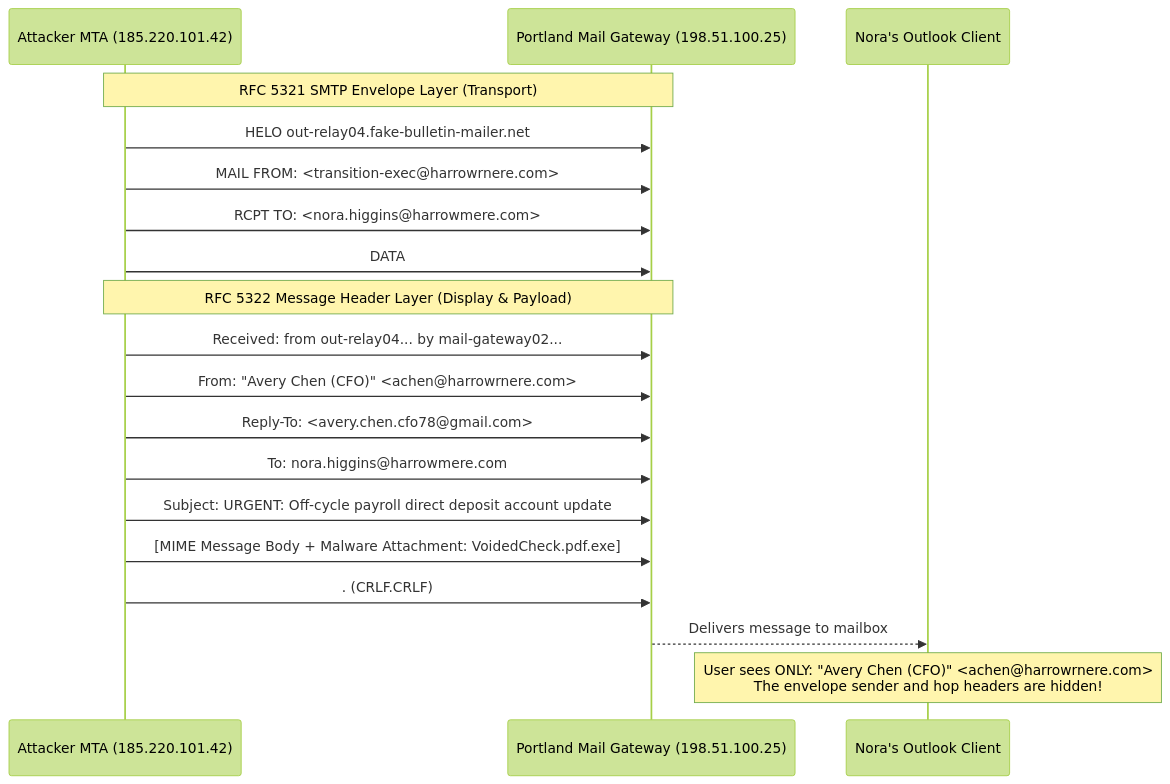
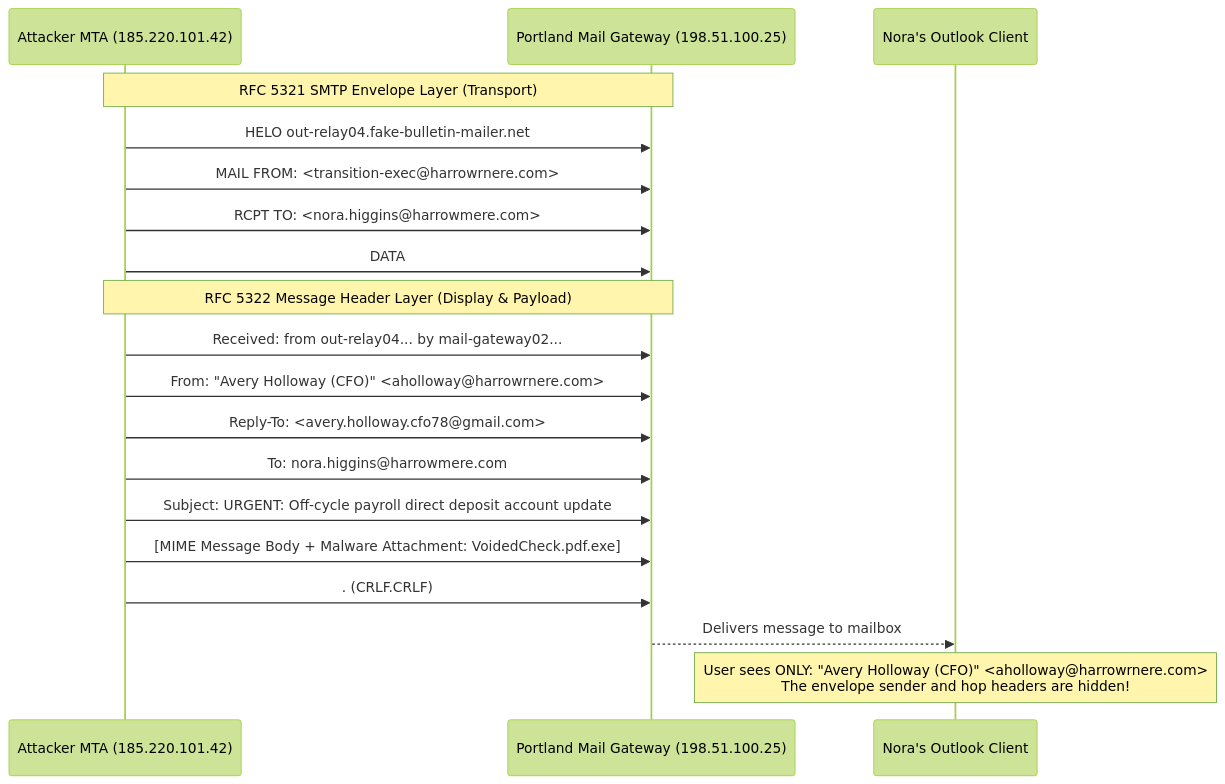
The first of 3 diagrams in docs/portland-desk/workbench/09-dont-click-that.md (cwarloe/learning-narrative-kit), drawn with Mermaid (forest theme) before and after one commit. The commit also changed other lines of this file and 7 other files, not shown here.

Commit message:
Rename near-duplicate minor characters: Lena Cho -> Bettina Szabo, Avery Chen -> Avery Holloway

````diff
--- a/docs/portland-desk/workbench/09-dont-click-that.md
+++ b/docs/portland-desk/workbench/09-dont-click-that.md
@@ -70,24 +70,24 @@
 ```mermaid
 sequenceDiagram
     participant Sender as Attacker MTA (185.220.101.42)
     participant Gateway as Portland Mail Gateway (198.51.100.25)
     participant Recipient as Nora's Outlook Client
 
     Note over Sender,Gateway: RFC 5321 SMTP Envelope Layer (Transport)
     Sender->>Gateway: HELO out-relay04.fake-bulletin-mailer.net
     Sender->>Gateway: MAIL FROM: <transition-exec@harrowrnere.com>
     Sender->>Gateway: RCPT TO: <nora.higgins@harrowmere.com>
     Sender->>Gateway: DATA
 
     Note over Sender,Gateway: RFC 5322 Message Header Layer (Display & Payload)
     Sender->>Gateway: Received: from out-relay04... by mail-gateway02...
-    Sender->>Gateway: From: "Avery Chen (CFO)" <achen@harrowrnere.com>
-    Sender->>Gateway: Reply-To: <avery.chen.cfo78@gmail.com>
+    Sender->>Gateway: From: "Avery Holloway (CFO)" <aholloway@harrowrnere.com>
+    Sender->>Gateway: Reply-To: <avery.holloway.cfo78@gmail.com>
     Sender->>Gateway: To: nora.higgins@harrowmere.com
     Sender->>Gateway: Subject: URGENT: Off-cycle payroll direct deposit account update
     Sender->>Gateway: [MIME Message Body + Malware Attachment: VoidedCheck.pdf.exe]
     Sender->>Gateway: . (CRLF.CRLF)
 
     Gateway-->>Recipient: Delivers message to mailbox
-    Note over Recipient: User sees ONLY: "Avery Chen (CFO)" <achen@harrowrnere.com><br/>The envelope sender and hop headers are hidden!
+    Note over Recipient: User sees ONLY: "Avery Holloway (CFO)" <aholloway@harrowrnere.com><br/>The envelope sender and hop headers are hidden!
 ```
````
